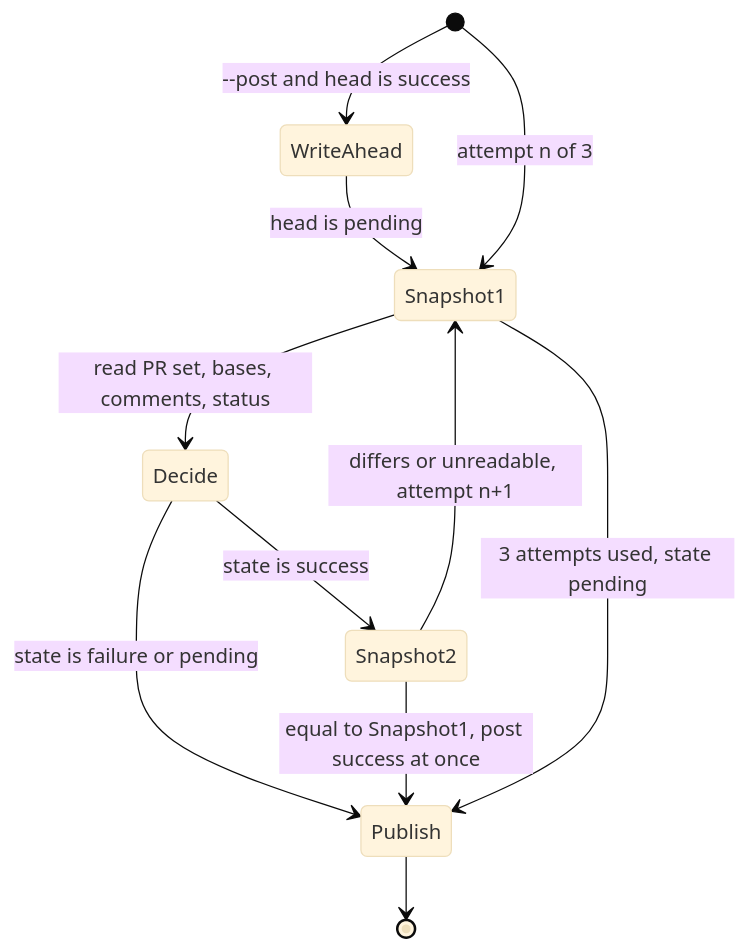
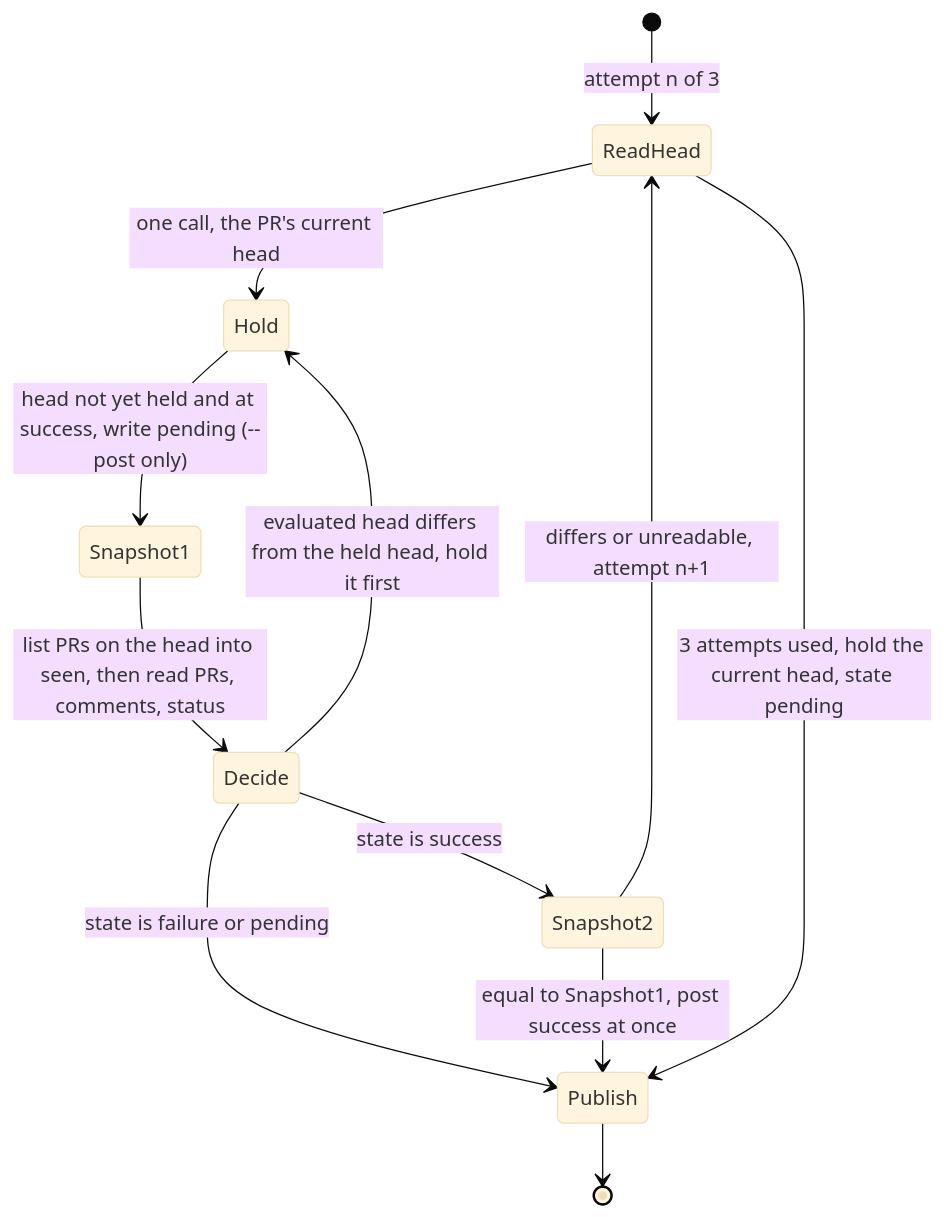
One commit to cheese-work/multica changed the diagram in .plans/CHE-4415-gate-freshness-design.md. Above: the diagram before and after it, drawn with Mermaid (base theme). The commit also changed other lines of this file and 2 other files, not shown here.

Commit message:
fix(security-gate): hold every observed head before the first fallible read, record the whole sibling list (CHE-4415)

````diff
--- a/.plans/CHE-4415-gate-freshness-design.md
+++ b/.plans/CHE-4415-gate-freshness-design.md
@@ -25,13 +25,14 @@
 ```mermaid
 stateDiagram-v2
-    [*] --> WriteAhead: --post and head is success
-    WriteAhead --> Snapshot1: head is pending
-    [*] --> Snapshot1: attempt n of 3
-    Snapshot1 --> Decide: read PR set, bases, comments, status
+    [*] --> ReadHead: attempt n of 3
+    ReadHead --> Hold: one call, the PR's current head
+    Hold --> Snapshot1: head not yet held and at success, write pending (--post only)
+    Snapshot1 --> Decide: list PRs on the head into seen, then read PRs, comments, status
+    Decide --> Hold: evaluated head differs from the held head, hold it first
     Decide --> Publish: state is failure or pending
     Decide --> Snapshot2: state is success
     Snapshot2 --> Publish: equal to Snapshot1, post success at once
-    Snapshot2 --> Snapshot1: differs or unreadable, attempt n+1
-    Snapshot1 --> Publish: 3 attempts used, state pending
+    Snapshot2 --> ReadHead: differs or unreadable, attempt n+1
+    ReadHead --> Publish: 3 attempts used, hold the current head, state pending
     Publish --> [*]
 ```
````
